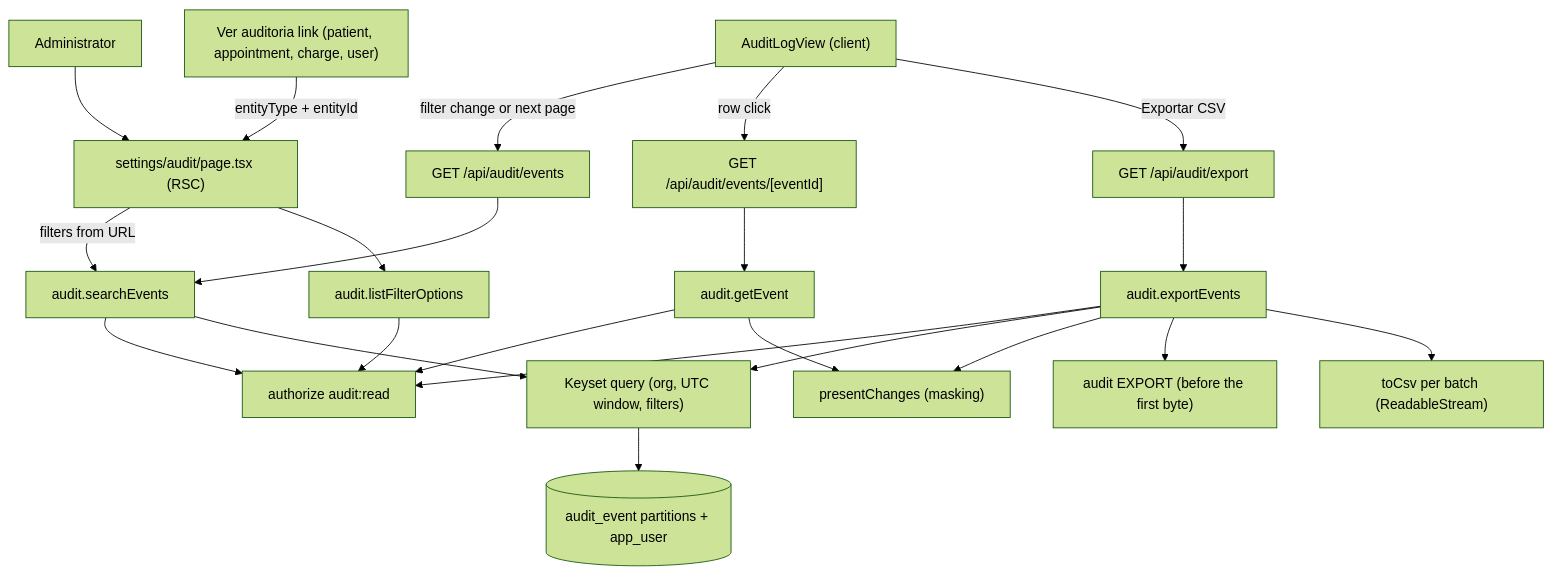
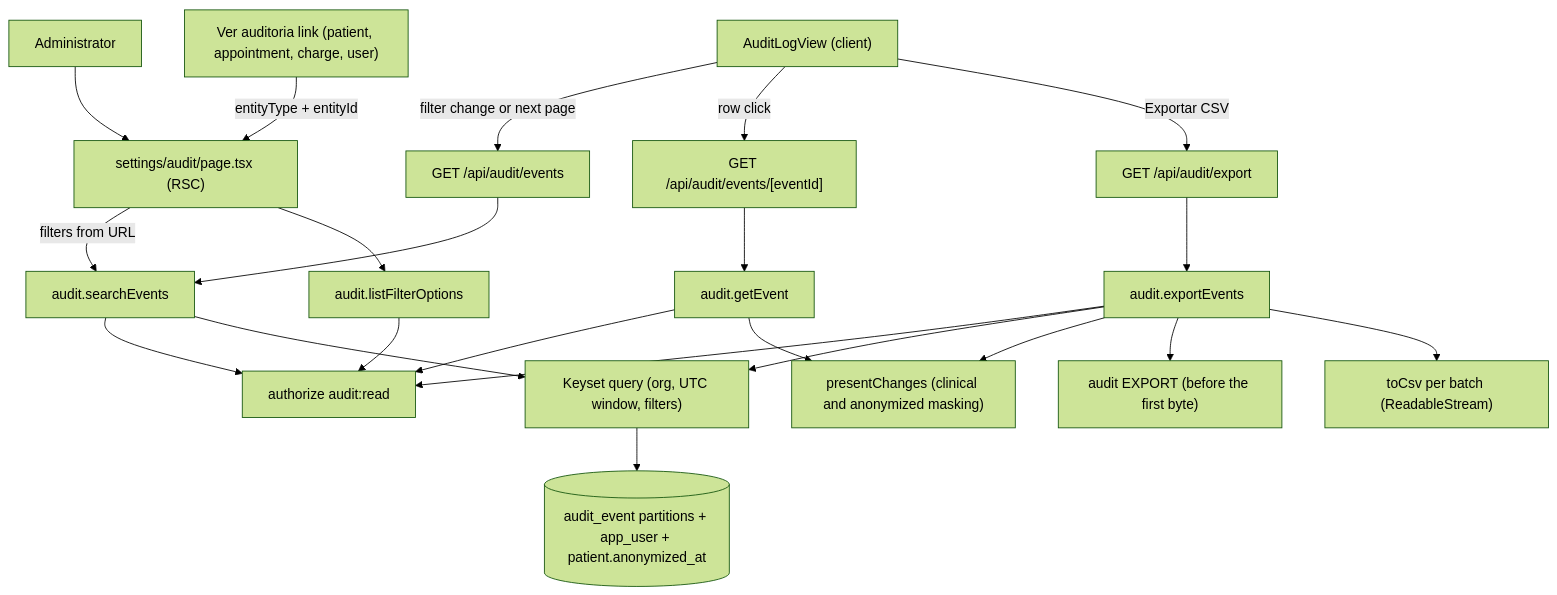
The diagram in docs/F15-audit-log-viewer/spec.md (dennysvf/GCli), drawn with Mermaid (forest theme) before and after one commit. The commit also changed other lines of this file and 4 other files, not shown here.

````diff
--- a/docs/F15-audit-log-viewer/spec.md
+++ b/docs/F15-audit-log-viewer/spec.md
@@ -95,24 +100,24 @@
 ```mermaid
 graph TD
   U[Administrator] --> P["settings/audit/page.tsx (RSC)"]
   H["Ver auditoria link (patient, appointment, charge, user)"] -->|"entityType + entityId"| P
   P -->|"filters from URL"| UC1["audit.searchEvents"]
   P --> UC4["audit.listFilterOptions"]
   V["AuditLogView (client)"] -->|"filter change or next page"| R1["GET /api/audit/events"]
   V -->|"row click"| R2["GET /api/audit/events/[eventId]"]
   V -->|"Exportar CSV"| R3["GET /api/audit/export"]
   R1 --> UC1
   R2 --> UC2["audit.getEvent"]
   R3 --> UC3["audit.exportEvents"]
   UC1 --> Z["authorize audit:read"]
   UC2 --> Z
   UC3 --> Z
   UC4 --> Z
   UC1 --> Q["Keyset query (org, UTC window, filters)"]
   UC3 --> Q
-  UC2 --> D["presentChanges (masking)"]
+  UC2 --> D["presentChanges (clinical and anonymized masking)"]
   UC3 --> D
-  Q --> DB[("audit_event partitions + app_user")]
+  Q --> DB[("audit_event partitions + app_user + patient.anonymized_at")]
   UC3 --> AU["audit EXPORT (before the first byte)"]
   UC3 --> CSV["toCsv per batch (ReadableStream)"]
 ```
````
